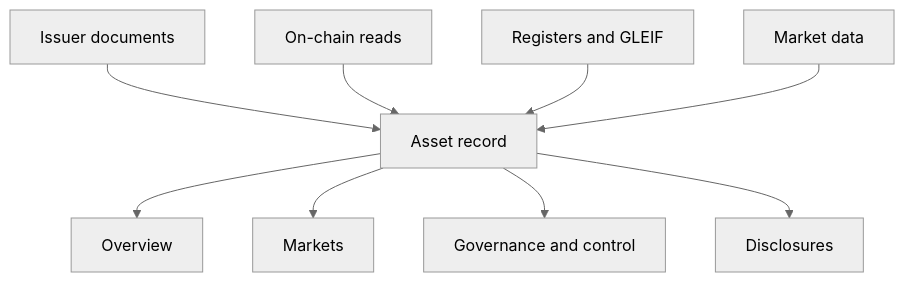
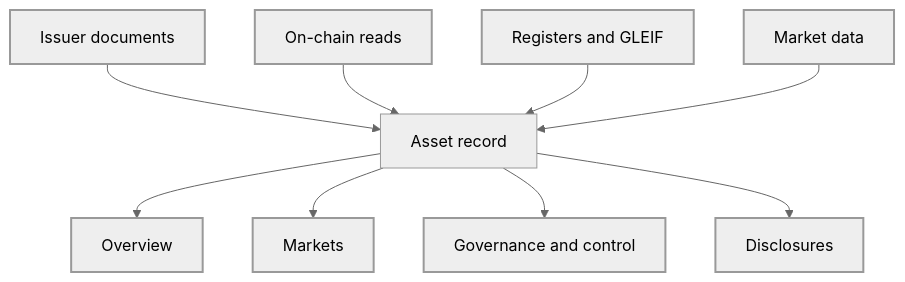
One commit to blupryntco/docs changed the diagram in explorer/asset-page.mdx. Above: the diagram before and after it, drawn with Mermaid (neutral theme). The commit also changed 54 other files, not shown here.

Commit message:
Diagrams in site palette with dark mode; Developers overview for SDK + both APIs

````diff
--- a/explorer/asset-page.mdx
+++ b/explorer/asset-page.mdx
@@ -21,11 +21,15 @@
 ```mermaid
 flowchart TD
     A[Issuer documents] --> E[Asset record]
     B[On-chain reads] --> E
     C[Registers and GLEIF] --> E
     D[Market data] --> E
     E --> F[Overview]
     E --> G[Markets]
     E --> H[Governance and control]
     E --> I[Disclosures]
+classDef start stroke-width:2px
+classDef done stroke-width:2px
+class A,B,C,D start
+class F,G,H,I done
 ```
````
